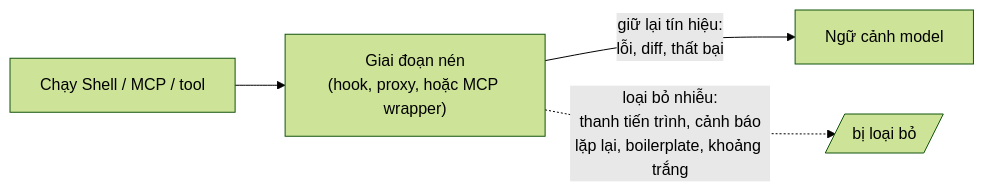
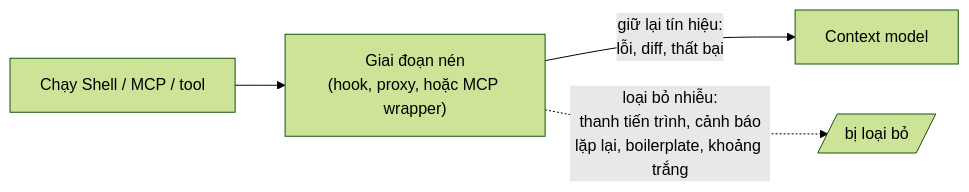
Before and after one commit to dungnm02/token-optimizer: the first of 2 diagrams in solutions/tool-output-compression.md, drawn with Mermaid (forest theme). The commit also changed other lines of this file and 25 other files, not shown here.

````diff
--- a/solutions/tool-output-compression.md
+++ b/solutions/tool-output-compression.md
@@ -24,6 +24,6 @@
 ```mermaid
 flowchart LR
     A[Chạy Shell / MCP / tool] --> C["Giai đoạn nén<br/>(hook, proxy, hoặc MCP wrapper)"]
-    C -->|"giữ lại tín hiệu:<br/>lỗi, diff, thất bại"| M[Ngữ cảnh model]
+    C -->|"giữ lại tín hiệu:<br/>lỗi, diff, thất bại"| M[Context model]
     C -.->|"loại bỏ nhiễu:<br/>thanh tiến trình, cảnh báo<br/>lặp lại, boilerplate, khoảng trắng"| X[/bị loại bỏ/]
 ```
````
